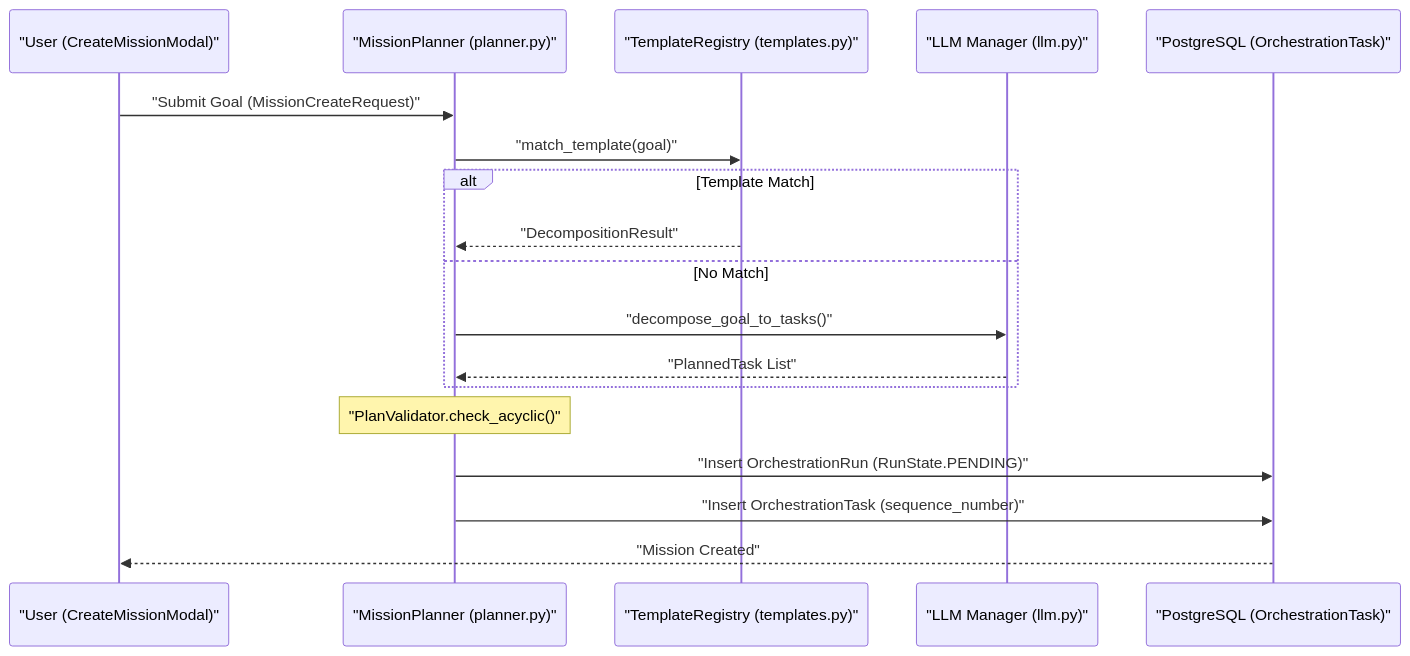
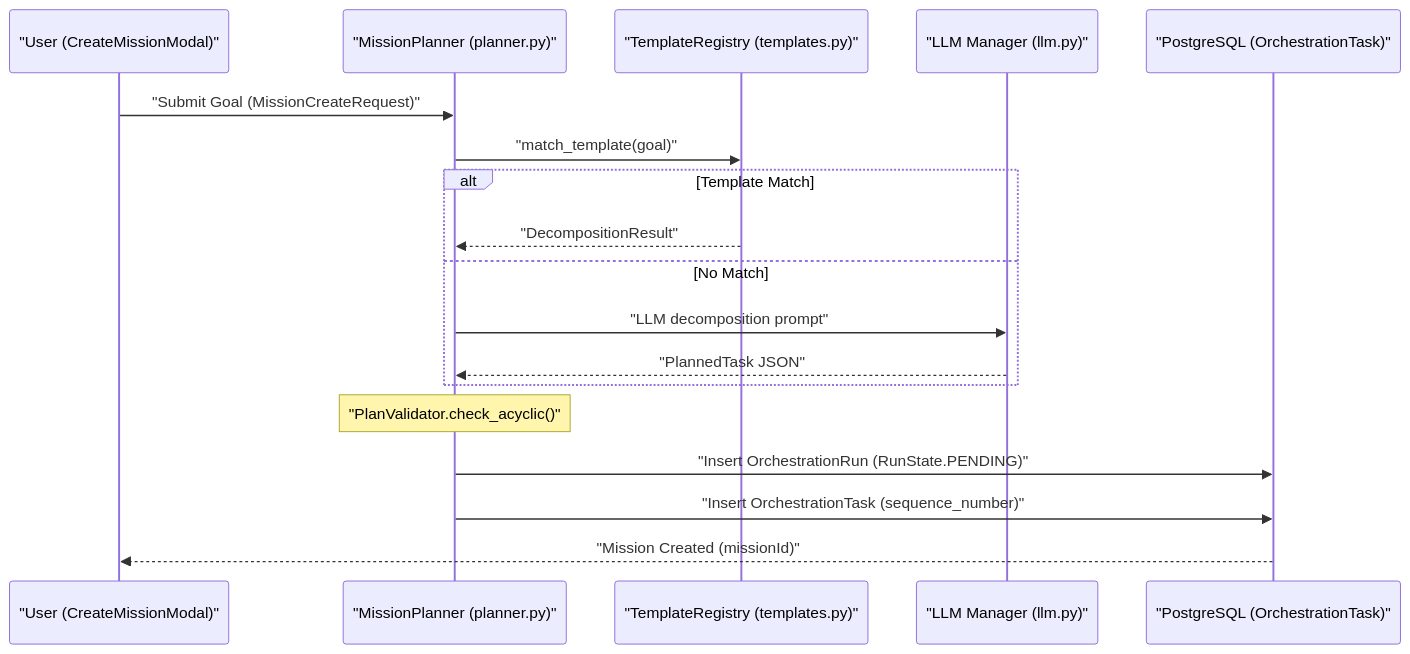
One commit to AutomatosAI/automatos-ai changed the second of 3 diagrams in docs/missions-multi-agent-coordination/mission-planning-verification.md. Above: the diagram before and after it, drawn with Mermaid. The commit also changed other lines of this file and 191 other files, not shown here.

````diff
--- a/docs/missions-multi-agent-coordination/mission-planning-verification.md
+++ b/docs/missions-multi-agent-coordination/mission-planning-verification.md
@@ -118,21 +141,21 @@
 ```mermaid
 sequenceDiagram
     participant U as "User (CreateMissionModal)"
     participant CP as "MissionPlanner (planner.py)"
     participant T as "TemplateRegistry (templates.py)"
     participant LLM as "LLM Manager (llm.py)"
     participant DB as "PostgreSQL (OrchestrationTask)"
 
     U->>CP: "Submit Goal (MissionCreateRequest)"
     CP->>T: "match_template(goal)"
     alt Template Match
         T-->>CP: "DecompositionResult"
     else No Match
-        CP->>LLM: "decompose_goal_to_tasks()"
-        LLM-->>CP: "PlannedTask List"
+        CP->>LLM: "LLM decomposition prompt"
+        LLM-->>CP: "PlannedTask JSON"
     end
     Note over CP: "PlanValidator.check_acyclic()"
     CP->>DB: "Insert OrchestrationRun (RunState.PENDING)"
     CP->>DB: "Insert OrchestrationTask (sequence_number)"
-    DB-->>U: "Mission Created"
+    DB-->>U: "Mission Created (missionId)"
 ```
````
